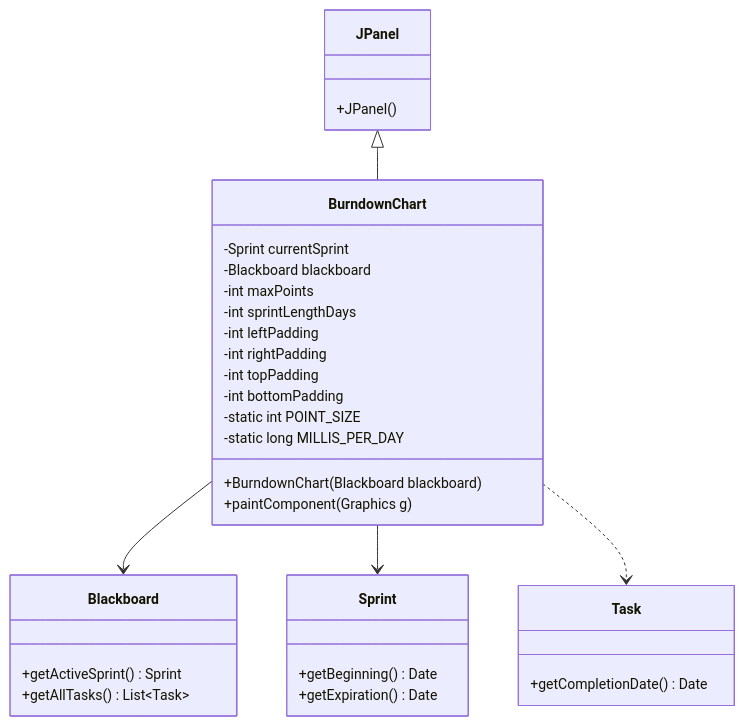
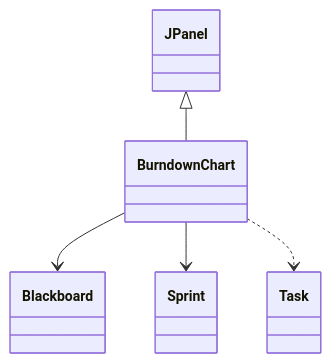
The diagram in README.md (CSC307-W26/taigastudio-refactoring-super-awesome-team-name), drawn with Mermaid before and after one commit. The commit also changed other lines of this file, not shown here.

Commit message:
Update README with Mermaid class diagram note
Added a note about experimenting with a class diagram in Mermaid.

````diff
--- a/README.md
+++ b/README.md
@@ -3,48 +7,29 @@
 ```mermaid
 %%{init: {'themeVariables': {
   'fontSize': '14px',
   'nodeSpacing': 80,
   'rankSpacing': 80
 }}}%%
 classDiagram
 direction TB
 
 class JPanel {
-  +JPanel()
 }
 
 class BurndownChart {
-  -Sprint currentSprint
-  -Blackboard blackboard
-  -int maxPoints
-  -int sprintLengthDays
-  -int leftPadding
-  -int rightPadding
-  -int topPadding
-  -int bottomPadding
-  -static int POINT_SIZE
-  -static long MILLIS_PER_DAY
-
-  +BurndownChart(Blackboard blackboard)
-  +paintComponent(Graphics g)
 }
 
 class Blackboard {
-  +getActiveSprint() Sprint
-  +getAllTasks() List~Task~
 }
 
 class Sprint {
-  +getBeginning() Date
-  +getExpiration() Date
 }
 
 class Task {
-  +getCompletionDate() Date
 }
 
 JPanel <|-- BurndownChart
 BurndownChart --> Blackboard
 BurndownChart --> Sprint
 BurndownChart ..> Task
 ```
````
